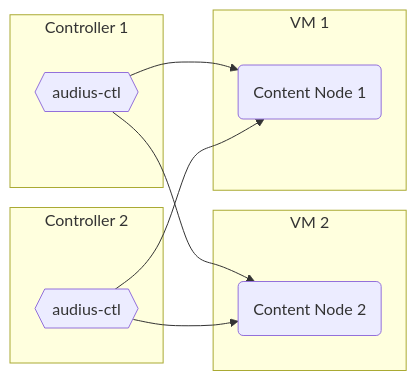
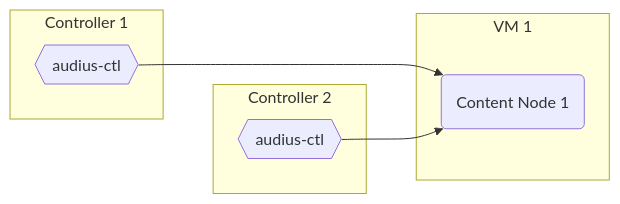
One commit to AudiusProject/audius-protocol changed the third of 4 diagrams in docs/docs/node-operator/setup/advanced.mdx. Above: the diagram before and after it, drawn with Mermaid. The commit also changed other lines of this file, not shown here.

Commit message:
updated diagrams

````diff
--- a/docs/docs/node-operator/setup/advanced.mdx
+++ b/docs/docs/node-operator/setup/advanced.mdx
@@ -92,23 +105,17 @@
 ```mermaid
 flowchart LR
   subgraph Controller 2
   Z2{{audius-ctl}};
   end
 
+subgraph VM 1
+  A(Content Node 1);
+  end
+
   subgraph Controller 1
   Z1{{audius-ctl}};
   end
 
-  subgraph VM 2
-  B(Content Node 2);
-  end
-
-  subgraph VM 1
-  A(Content Node 1);
-  end
-
-  Z1-->A;
-  Z1-->B;
+  Z1--->A;
   Z2-->A;
-  Z2-->B;
 ```
````
